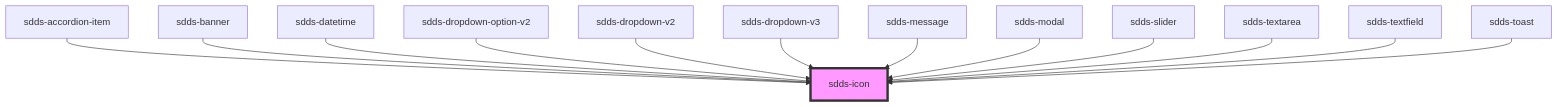
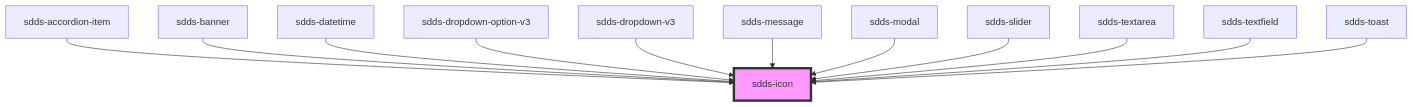
One commit to scania-digital-design-system/sdds changed the diagram in tegel/src/components/icon/readme.md. Above: the diagram before and after it, drawn with Mermaid. The commit also changed other lines of this file and 21 other files, not shown here.

````diff
--- a/tegel/src/components/icon/readme.md
+++ b/tegel/src/components/icon/readme.md
@@ -40,16 +33,15 @@
 ```mermaid
 graph TD;
   sdds-accordion-item --> sdds-icon
   sdds-banner --> sdds-icon
   sdds-datetime --> sdds-icon
-  sdds-dropdown-option-v2 --> sdds-icon
-  sdds-dropdown-v2 --> sdds-icon
+  sdds-dropdown-option-v3 --> sdds-icon
   sdds-dropdown-v3 --> sdds-icon
   sdds-message --> sdds-icon
   sdds-modal --> sdds-icon
   sdds-slider --> sdds-icon
   sdds-textarea --> sdds-icon
   sdds-textfield --> sdds-icon
   sdds-toast --> sdds-icon
   style sdds-icon fill:#f9f,stroke:#333,stroke-width:4px
 ```
````
